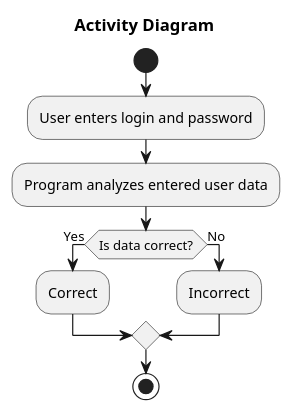
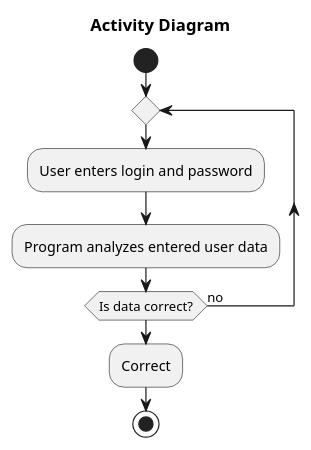
One commit to oleksandrblazhko/ai-214-rudnik changed the diagram in 2-SoftwareDesign/2.7-PlantUML/UML-Activity.puml. Above: the diagram before and after it, drawn with PlantUML.

```diff
--- a/2-SoftwareDesign/2.7-PlantUML/UML-Activity.puml
+++ b/2-SoftwareDesign/2.7-PlantUML/UML-Activity.puml
@@ -1,14 +1,13 @@
 @startuml
 title Activity Diagram 
 
 start
+repeat
 :User enters login and password;
 :Program analyzes entered user data;
-if (Is data correct?) then (Yes)
-  :Correct;
-else (No)
-  :Incorrect;
-endif
+
+repeat while (Is data correct?) is (no)
+:Correct;
 stop
 
 @enduml
```
